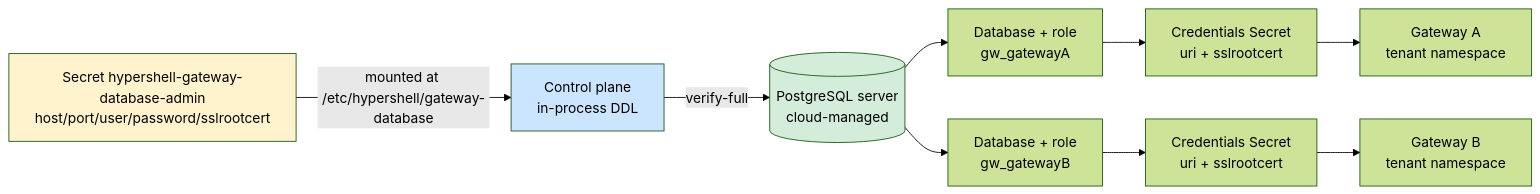
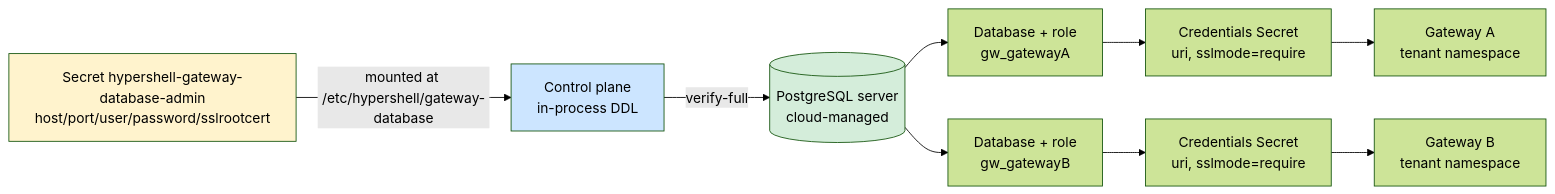
One commit to jonmosco/hypershell changed the first of 2 diagrams in docs/architecture/source/data-plane.md. Above: the diagram before and after it, drawn with Mermaid (forest theme). The commit also changed other lines of this file and 14 other files, not shown here.

````diff
--- a/docs/architecture/source/data-plane.md
+++ b/docs/architecture/source/data-plane.md
@@ -9,15 +9,15 @@
 ```mermaid
 graph LR
   MD[Secret hypershell-gateway-database-admin<br/>host/port/user/password/sslrootcert] -->|mounted at /etc/hypershell/gateway-database| CP
   CP -->|verify-full| C[(PostgreSQL server<br/>cloud-managed)]
   C --> R1[Database + role<br/>gw_gatewayA]
   C --> R2[Database + role<br/>gw_gatewayB]
-  R1 --> S1[Credentials Secret<br/>uri + sslrootcert]
-  R2 --> S2[Credentials Secret<br/>uri + sslrootcert]
+  R1 --> S1[Credentials Secret<br/>uri, sslmode=require]
+  R2 --> S2[Credentials Secret<br/>uri, sslmode=require]
   S1 --> GA[Gateway A<br/>tenant namespace]
   S2 --> GB[Gateway B<br/>tenant namespace]
   CP[Control plane<br/>in-process DDL]
   style MD fill:#fff3cd
   style C fill:#d4edda
   style CP fill:#cce5ff
 ```
````
